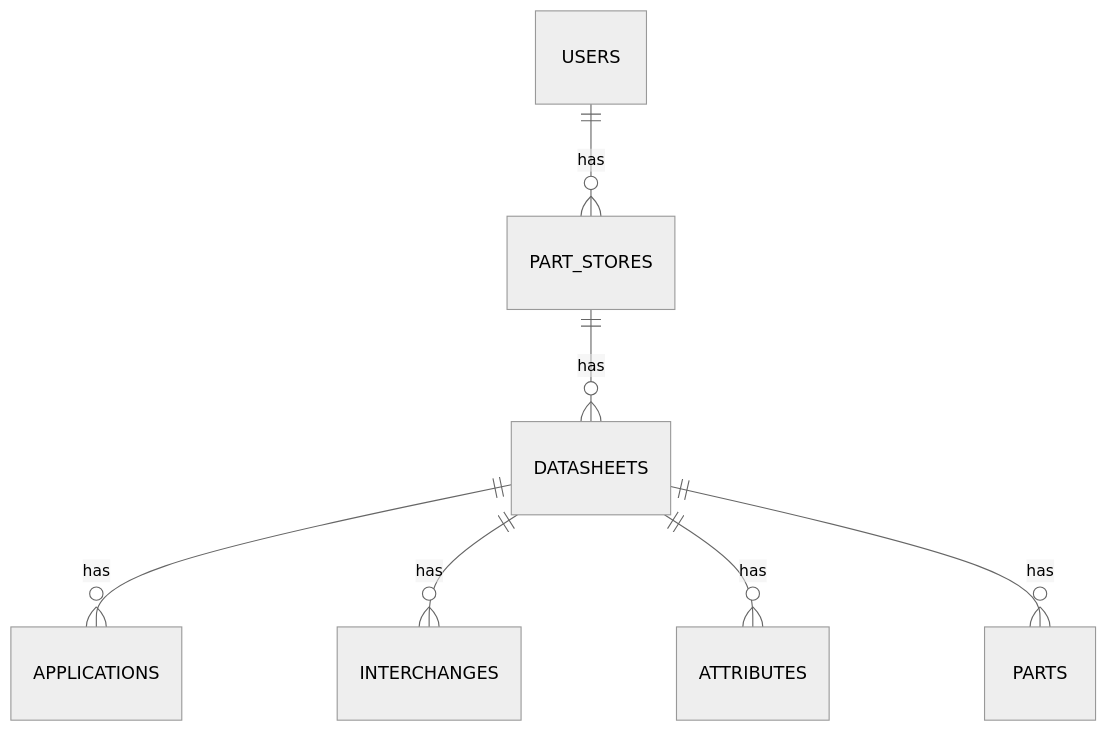
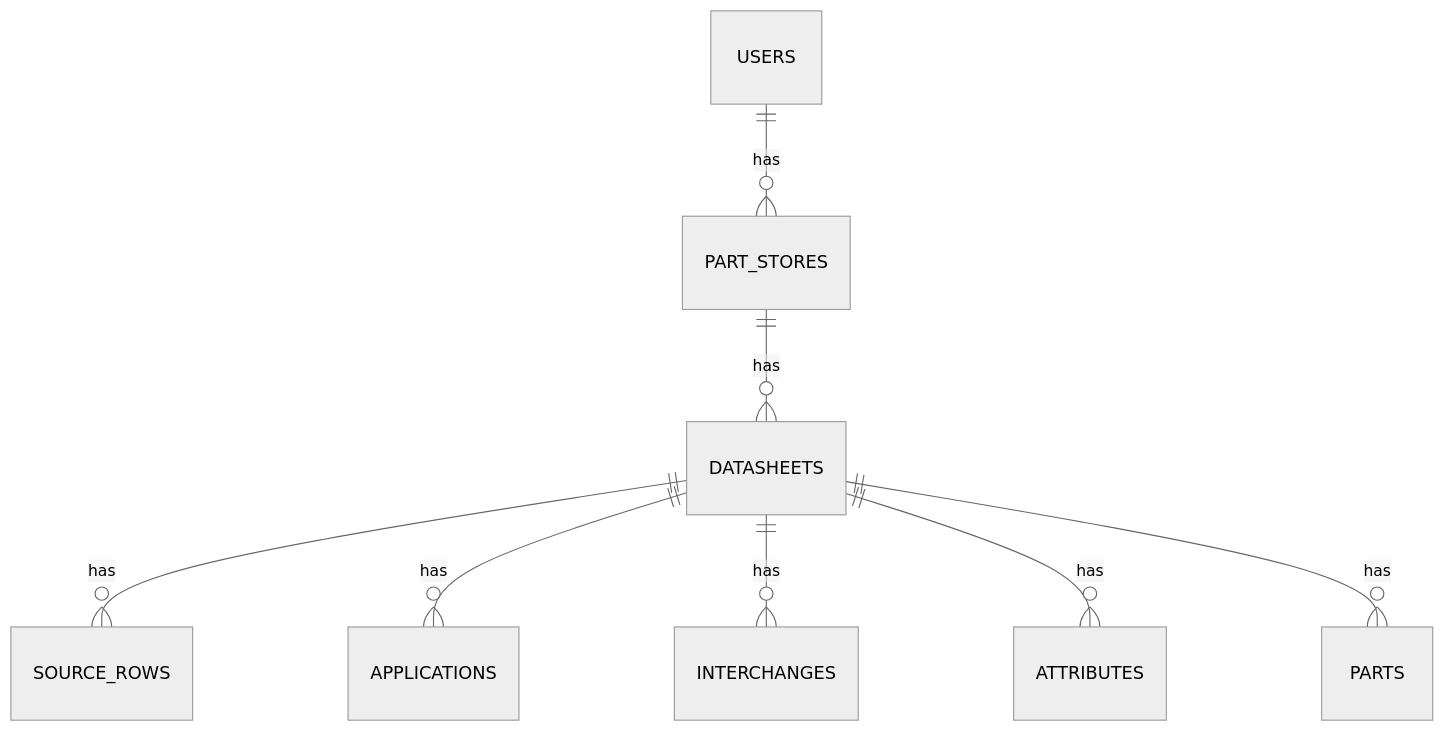
Before and after one commit to MrCesar107/bonaparte-test-app: the diagram in docs/alcance.md, drawn with Mermaid (neutral theme). The commit also changed other lines of this file and 31 other files, not shown here.

````diff
--- a/docs/alcance.md
+++ b/docs/alcance.md
@@ -266,9 +274,10 @@
 ```mermaid
 erDiagram
   USERS ||--o{ PART_STORES : has
   PART_STORES ||--o{ DATASHEETS : has
+  DATASHEETS ||--o{ SOURCE_ROWS : has
   DATASHEETS ||--o{ APPLICATIONS : has
   DATASHEETS ||--o{ INTERCHANGES : has
   DATASHEETS ||--o{ ATTRIBUTES : has
   DATASHEETS ||--o{ PARTS : has
 ```
````
